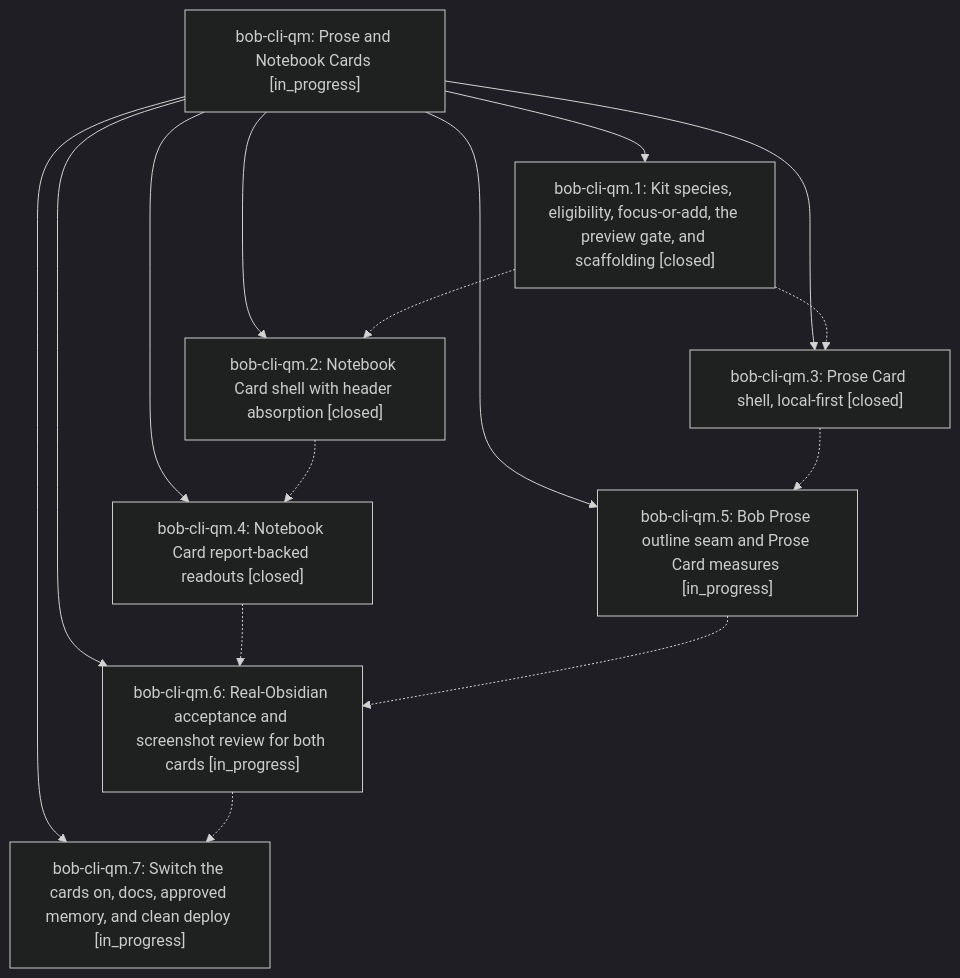
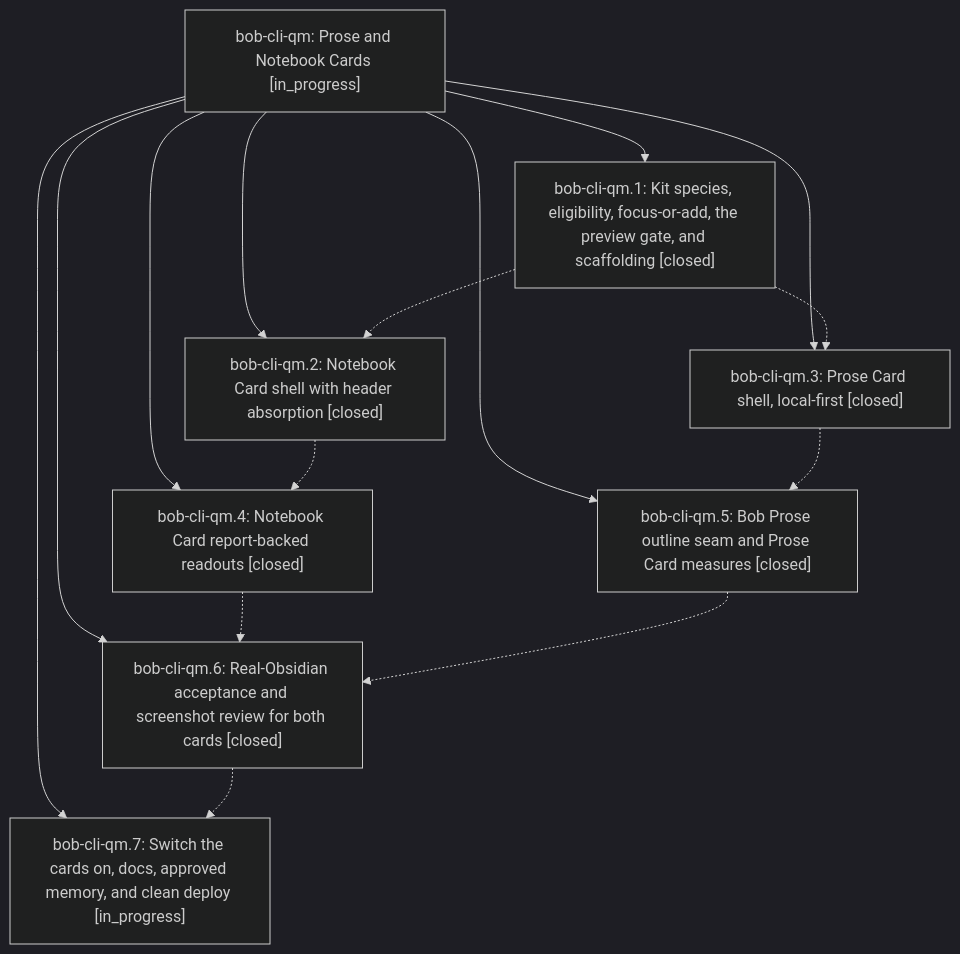
The diagram in pages/bob-cli-qm/README.md (bobs-org/bob-cli--beads), drawn with Mermaid (dark theme) before and after one commit. The commit also changed other lines of this file and 5 other files, not shown here.

First line of the commit message:
chore(beads): sync bead state and pages for bob-cli-qm

````diff
--- a/pages/bob-cli-qm/README.md
+++ b/pages/bob-cli-qm/README.md
@@ -42,25 +42,25 @@
 ```mermaid
 flowchart TD
     n0["bob-cli-qm: Prose and Notebook Cards [in_progress]"]
     n1["bob-cli-qm.1: Kit species, eligibility, focus-or-add, the preview gate, and scaffolding [closed]"]
     n2["bob-cli-qm.2: Notebook Card shell with header absorption [closed]"]
     n3["bob-cli-qm.3: Prose Card shell, local-first [closed]"]
     n4["bob-cli-qm.4: Notebook Card report-backed readouts [closed]"]
-    n5["bob-cli-qm.5: Bob Prose outline seam and Prose Card measures [in_progress]"]
-    n6["bob-cli-qm.6: Real-Obsidian acceptance and screenshot review for both cards [in_progress]"]
+    n5["bob-cli-qm.5: Bob Prose outline seam and Prose Card measures [closed]"]
+    n6["bob-cli-qm.6: Real-Obsidian acceptance and screenshot review for both cards [closed]"]
     n7["bob-cli-qm.7: Switch the cards on, docs, approved memory, and clean deploy [in_progress]"]
     n0 --> n1
     n0 --> n2
     n0 --> n3
     n0 --> n4
     n0 --> n5
     n0 --> n6
     n0 --> n7
     n1 -.-> n2
     n1 -.-> n3
     n2 -.-> n4
     n3 -.-> n5
     n4 -.-> n6
     n5 -.-> n6
     n6 -.-> n7
 ```
````
